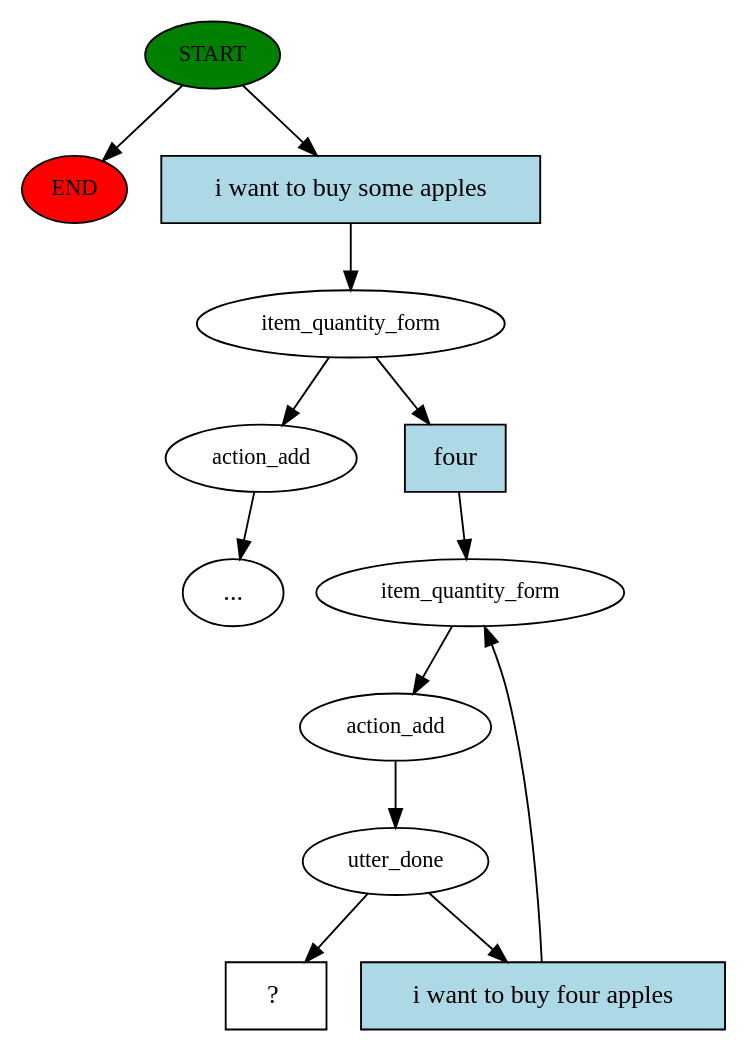
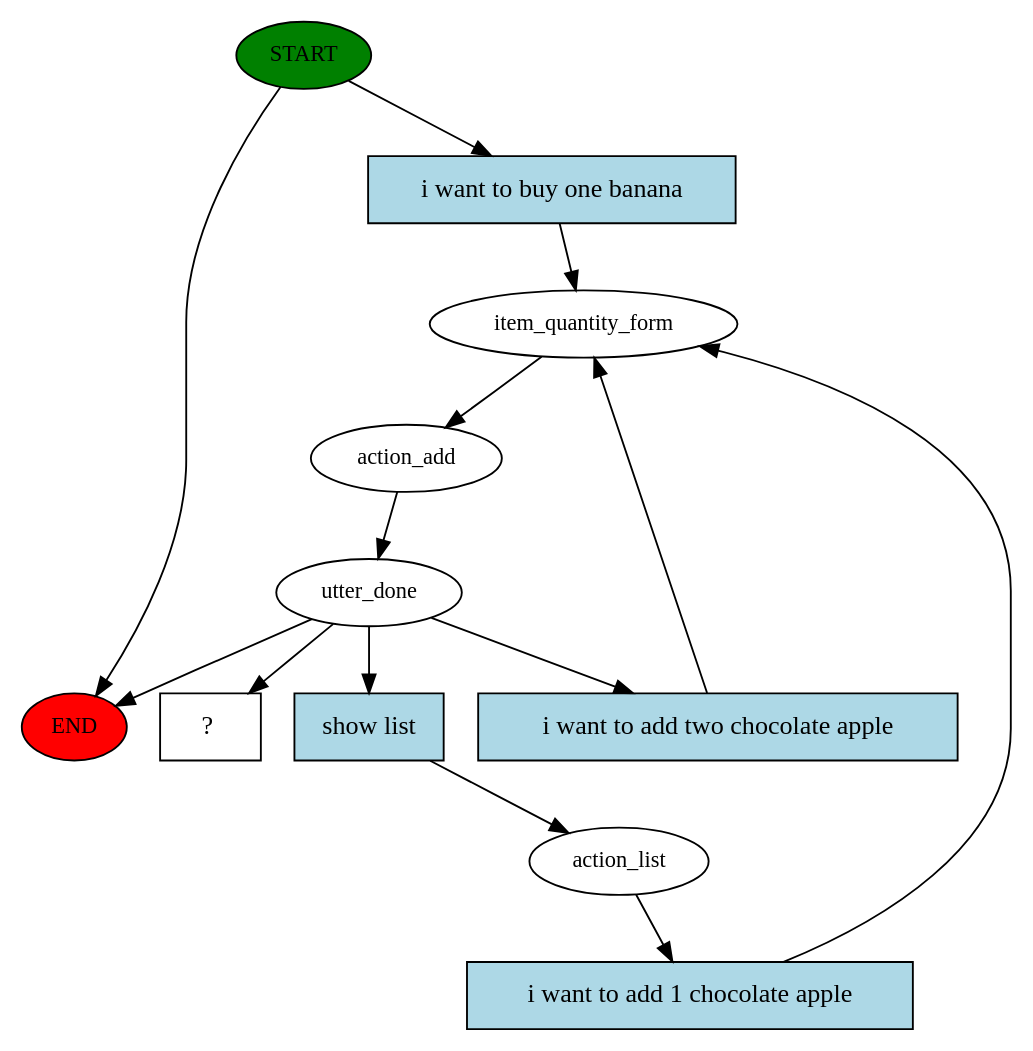
The diagram in story_graph.dot (wwertyexp/CrMidTerm), drawn with Graphviz before and after one commit. The commit also changed 1 other file, not shown here.

```diff
--- a/story_graph.dot
+++ b/story_graph.dot
@@ -1,26 +1,26 @@
 digraph  {
 0 [class="start active", fillcolor=green, fontsize=12, label=START, style=filled];
 "-1" [class=end, fillcolor=red, fontsize=12, label=END, style=filled];
 1 [class=active, fontsize=12, label=item_quantity_form];
-2 [class="", fontsize=12, label=action_add];
-"-3" [class=ellipsis, label="..."];
-4 [class=active, fontsize=12, label=item_quantity_form];
-5 [class=active, fontsize=12, label=action_add];
-6 [class=active, fontsize=12, label=utter_done];
-10 [class="intent dashed active", label="  ?  ", shape=rect];
-11 [class="intent active", fillcolor=lightblue, label="i want to buy some apples", shape=rect, style=filled];
-12 [class="intent active", fillcolor=lightblue, label=four, shape=rect, style=filled];
-13 [class="intent active", fillcolor=lightblue, label="i want to buy four apples", shape=rect, style=filled];
+2 [class=active, fontsize=12, label=action_add];
+3 [class=active, fontsize=12, label=utter_done];
+7 [class=active, fontsize=12, label=action_list];
+17 [class="intent dashed active", label="  ?  ", shape=rect];
+18 [class="intent active", fillcolor=lightblue, label="i want to buy one banana", shape=rect, style=filled];
+19 [class="intent active", fillcolor=lightblue, label="show list", shape=rect, style=filled];
+20 [class="intent active", fillcolor=lightblue, label="i want to add two chocolate apple", shape=rect, style=filled];
+21 [class="intent active", fillcolor=lightblue, label="i want to add 1 chocolate apple", shape=rect, style=filled];
 0 -> "-1"  [class="", key=NONE, label=""];
-0 -> 11  [class=active, key=0];
-1 -> 2  [class="", key=NONE, label=""];
-1 -> 12  [class=active, key=0];
-2 -> "-3"  [class="", key=NONE, label=""];
-4 -> 5  [class=active, key=NONE, label=""];
-5 -> 6  [class=active, key=NONE, label=""];
-6 -> 10  [class=active, key=NONE, label=""];
-6 -> 13  [class=active, key=0];
-11 -> 1  [class=active, key=0];
-12 -> 4  [class=active, key=0];
-13 -> 4  [class=active, key=0];
+0 -> 18  [class=active, key=0];
+1 -> 2  [class=active, key=NONE, label=""];
+2 -> 3  [class=active, key=NONE, label=""];
+3 -> "-1"  [class="", key=NONE, label=""];
+3 -> 17  [class=active, key=NONE, label=""];
+3 -> 19  [class=active, key=0];
+3 -> 20  [class=active, key=0];
+7 -> 21  [class=active, key=0];
+18 -> 1  [class=active, key=0];
+19 -> 7  [class=active, key=0];
+20 -> 1  [class=active, key=0];
+21 -> 1  [class=active, key=0];
 }
```
